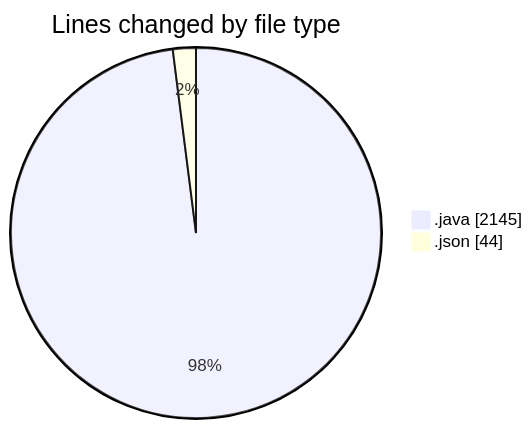
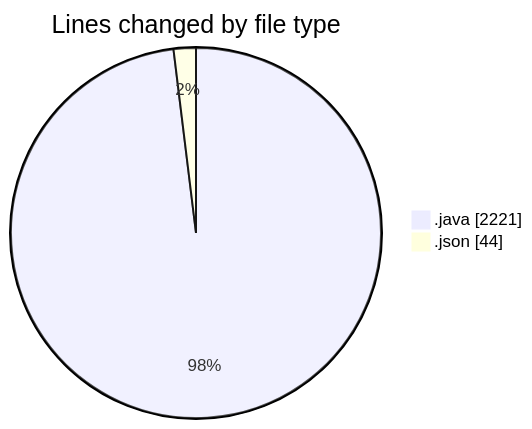
Before and after one commit to charlie-sans/code-tracking: the first of 2 diagrams in 2025-02-23/micros/README.md, drawn with Mermaid. The commit also changed other lines of this file and 1 other file, not shown here.

````diff
--- a/2025-02-23/micros/README.md
+++ b/2025-02-23/micros/README.md
@@ -31,6 +32,6 @@
 ```mermaid
 pie showData
 title Lines changed by file type
-".java" : 2145
+".java" : 2221
 ".json" : 44
 ```
````
